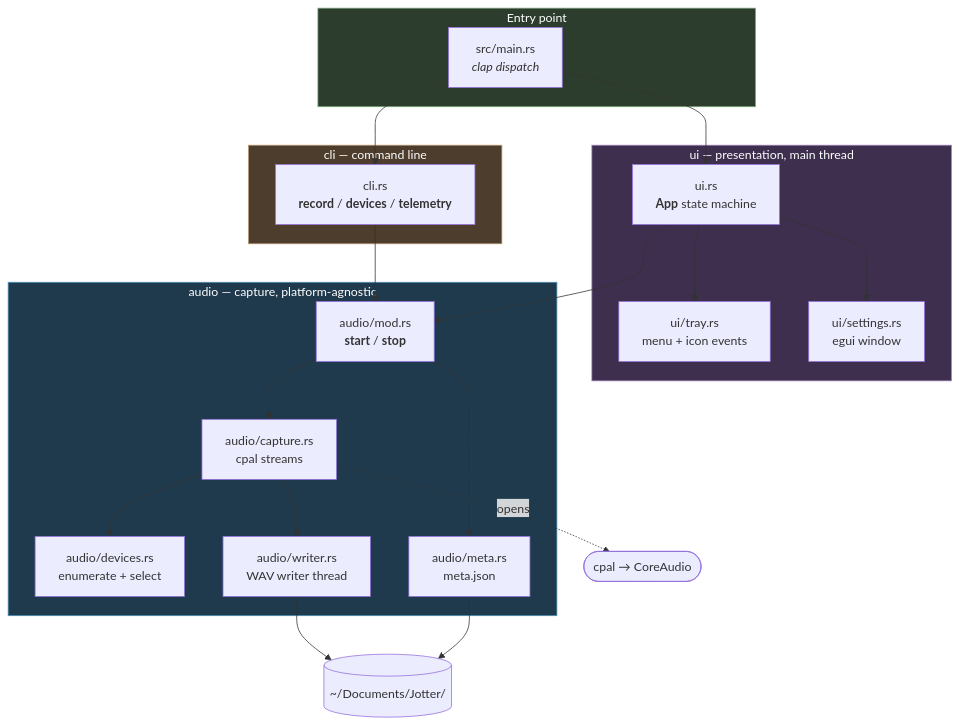
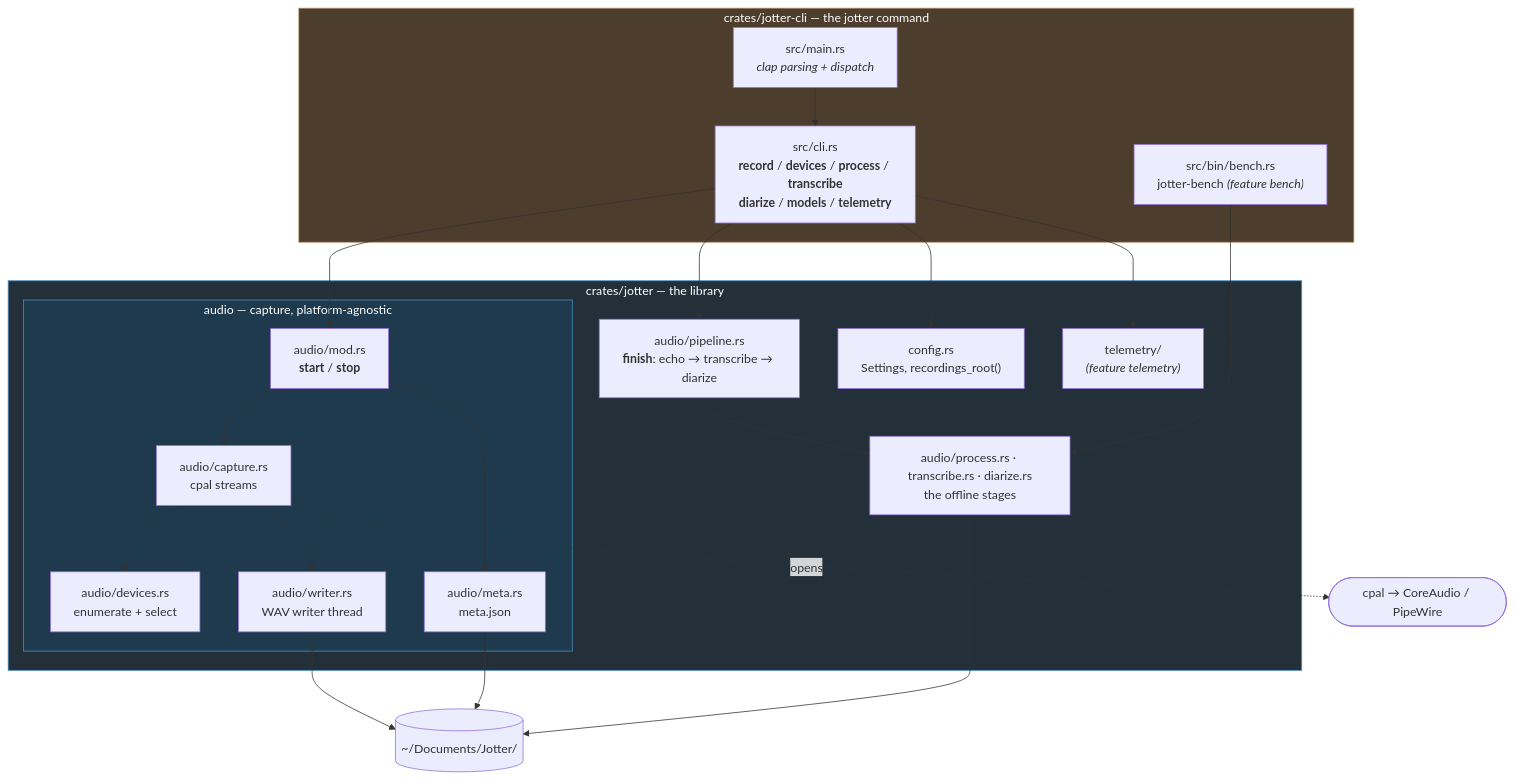
The first of 9 diagrams in docs/ARCHITECTURE.md (nfishel48/Jotter), drawn with Mermaid before and after one commit. The commit also changed other lines of this file and 80 other files, not shown here.

First line of the commit message:
feat: drop the tray app; CLI, library, and agent skill for live meeting context (#22)

````diff
--- a/docs/ARCHITECTURE.md
+++ b/docs/ARCHITECTURE.md
@@ -18,47 +19,46 @@
 ```mermaid
 graph TB
-    subgraph entry["Entry point"]
-        MAIN["src/main.rs<br/><i>clap dispatch</i>"]
+    subgraph cli["crates/jotter-cli — the jotter command"]
+        MAIN["src/main.rs<br/><i>clap parsing + dispatch</i>"]
+        CLIMOD["src/cli.rs<br/><b>record</b> / <b>devices</b> / <b>process</b> / <b>transcribe</b><br/><b>diarize</b> / <b>models</b> / <b>telemetry</b>"]
+        BENCH["src/bin/bench.rs<br/>jotter-bench <i>(feature bench)</i>"]
     end
 
-    subgraph cli["cli — command line"]
-        CLIMOD["cli.rs<br/><b>record</b> / <b>devices</b> / <b>telemetry</b>"]
+    subgraph lib["crates/jotter — the library"]
+        subgraph audio["audio — capture, platform-agnostic"]
+            AMOD["audio/mod.rs<br/><b>start</b> / <b>stop</b>"]
+            DEV["audio/devices.rs<br/>enumerate + select"]
+            CAP["audio/capture.rs<br/>cpal streams"]
+            WRI["audio/writer.rs<br/>WAV writer thread"]
+            MET["audio/meta.rs<br/>meta.json"]
+        end
+        PIPE["audio/pipeline.rs<br/><b>finish</b>: echo → transcribe → diarize"]
+        STAGES["audio/process.rs · transcribe.rs · diarize.rs<br/>the offline stages"]
+        CFG["config.rs<br/>Settings, recordings_root()"]
+        TEL["telemetry/<br/><i>(feature telemetry)</i>"]
     end
 
-    subgraph ui["ui — presentation, main thread"]
-        UIMOD["ui.rs<br/><b>App</b> state machine"]
-        TRAY["ui/tray.rs<br/>menu + icon events"]
-        SET["ui/settings.rs<br/>egui window"]
-    end
-
-    subgraph audio["audio — capture, platform-agnostic"]
-        AMOD["audio/mod.rs<br/><b>start</b> / <b>stop</b>"]
-        DEV["audio/devices.rs<br/>enumerate + select"]
-        CAP["audio/capture.rs<br/>cpal streams"]
-        WRI["audio/writer.rs<br/>WAV writer thread"]
-        MET["audio/meta.rs<br/>meta.json"]
-    end
-
-    CPAL(["cpal → CoreAudio"])
+    CPAL(["cpal → CoreAudio / PipeWire"])
     DISK[("~/Documents/Jotter/")]
 
-    MAIN --> UIMOD
     MAIN --> CLIMOD
-    UIMOD --> TRAY
-    UIMOD --> SET
-    UIMOD --> AMOD
     CLIMOD --> AMOD
+    CLIMOD --> PIPE
+    CLIMOD --> CFG
+    CLIMOD --> TEL
+    BENCH --> STAGES
+    PIPE --> STAGES
 
     AMOD --> CAP
     AMOD --> MET
     CAP --> DEV
     CAP --> WRI
     CAP -.opens.-> CPAL
     WRI --> DISK
     MET --> DISK
+    STAGES --> DISK
 
     style audio fill:#1f3a4d,stroke:#4a90b8,color:#fff
-    style ui fill:#3d2f4d,stroke:#9b7fb8,color:#fff
+    style lib fill:#23303a,stroke:#4a90b8,color:#fff
     style cli fill:#4d3d2d,stroke:#b8956f,color:#fff
-    style entry fill:#2d3d2d,stroke:#7fa87f,color:#fff
 ```
````
